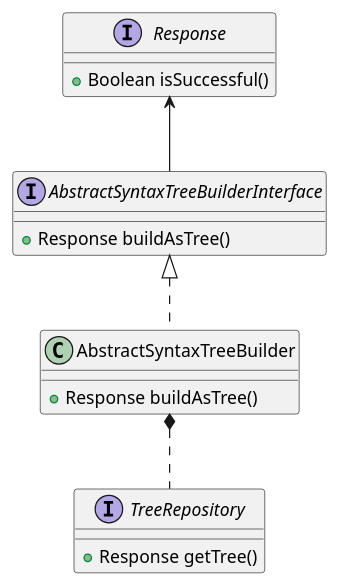
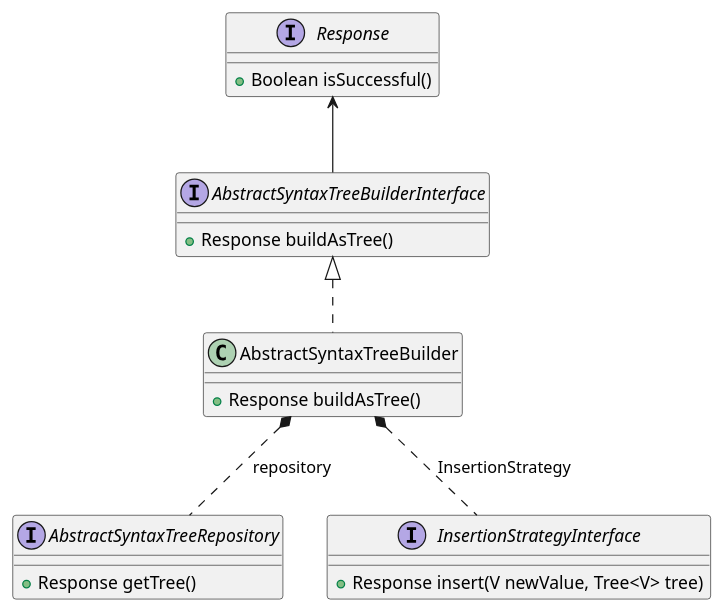
One commit to IngsisPrintScript/PrintScript changed the diagram in src/main/java/syntactic/SyntacticDiagram.puml. Above: the diagram before and after it, drawn with PlantUML. The commit also changed 6 other files, not shown here.

```diff
--- a/src/main/java/syntactic/SyntacticDiagram.puml
+++ b/src/main/java/syntactic/SyntacticDiagram.puml
@@ -1,19 +1,25 @@
 @startuml
 'https://plantuml.com/class-diagram
 
 interface Response{
     + Boolean isSuccessful()
 }
 interface AbstractSyntaxTreeBuilderInterface{
     + Response buildAsTree()
 }
 class AbstractSyntaxTreeBuilder implements AbstractSyntaxTreeBuilderInterface{
     + Response buildAsTree()
 }
-interface TreeRepository{
+interface AbstractSyntaxTreeRepository{
     + Response getTree()
 }
 
+interface InsertionStrategyInterface{
+    + Response insert(V newValue, Tree<V> tree)
+}
+
+
 Response <-- AbstractSyntaxTreeBuilderInterface
-AbstractSyntaxTreeBuilder *.. TreeRepository
+AbstractSyntaxTreeBuilder *.. AbstractSyntaxTreeRepository: repository
+AbstractSyntaxTreeBuilder *.. InsertionStrategyInterface: InsertionStrategy
 @enduml
```
